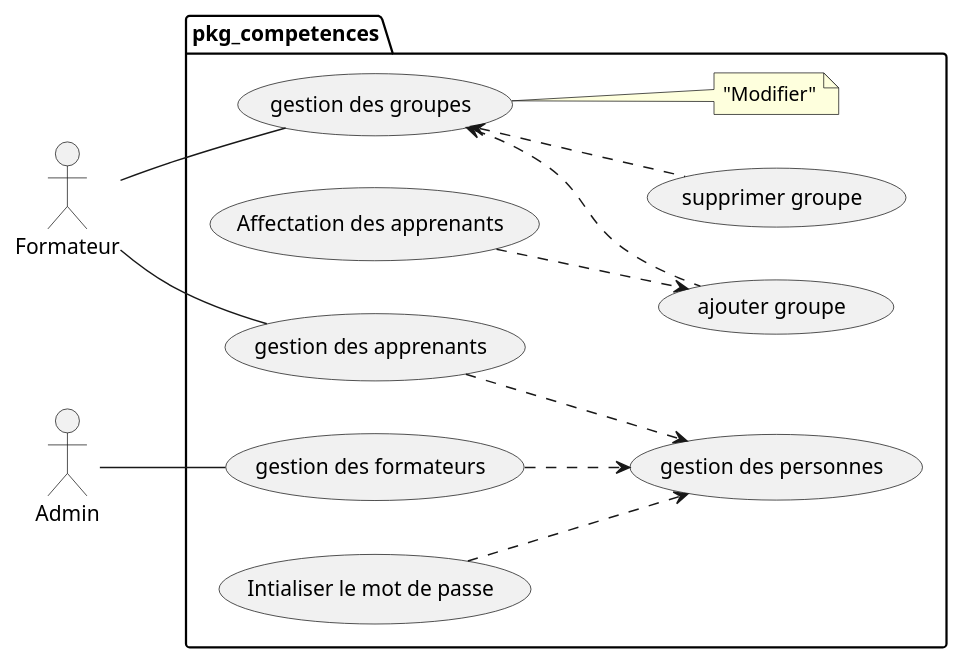
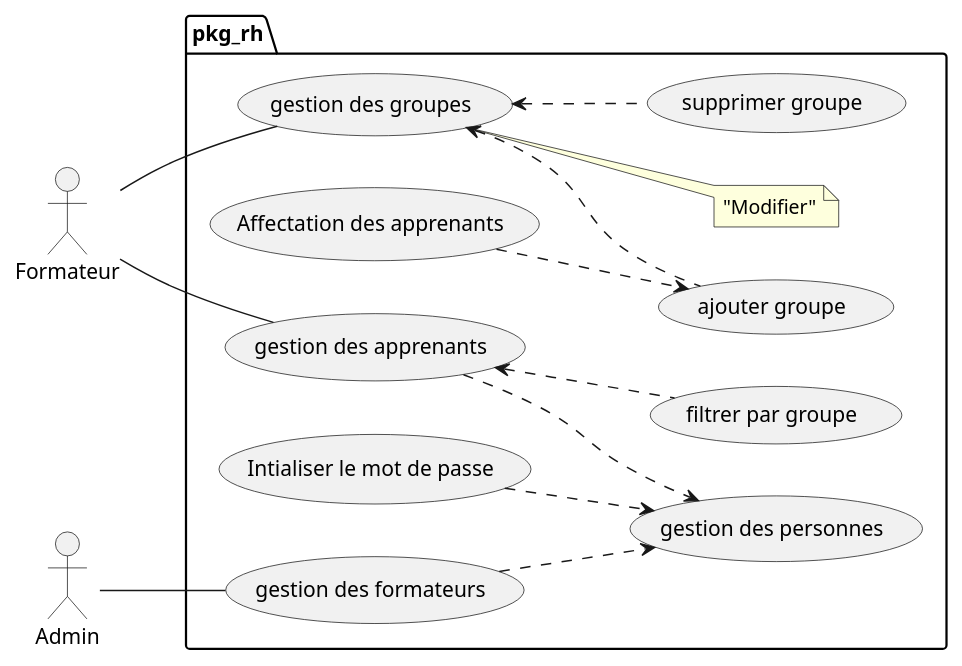
One commit to zaani12/prototype changed the diagram in modélisation/pkg_rh/uses_cases_pkg_rh.puml. Above: the diagram before and after it, drawn with PlantUML. The commit also changed 34 other files, not shown here.

Commit message:
pkg_competences

```diff
--- a/modélisation/pkg_rh/uses_cases_pkg_rh.puml
+++ b/modélisation/pkg_rh/uses_cases_pkg_rh.puml
@@ -1,27 +1,28 @@
 @startuml uses_cases_pkg_rh
  
 left to right direction
 
 actor Formateur as formateur
 actor Admin as admin
 
-package pkg_competences {
+package pkg_rh {
 
   (gestion des formateurs)  ..> (gestion des personnes) 
   (gestion des apprenants)  ..> (gestion des personnes) 
+  (gestion des apprenants) <.. (filtrer par groupe)
   formateur --  (gestion des apprenants) 
   admin --  (gestion des formateurs) 
 
   formateur --  (gestion des groupes) 
   (gestion des groupes)  <.. (ajouter groupe)
   (Affectation des apprenants) ..> (ajouter groupe)
   (gestion des groupes)  <.. (supprimer groupe)
 
   (Intialiser le mot de passe) ..> (gestion des personnes)
 
   note right of "gestion des groupes" : "Modifier"
 }  
 
 
 
 @enduml
```
